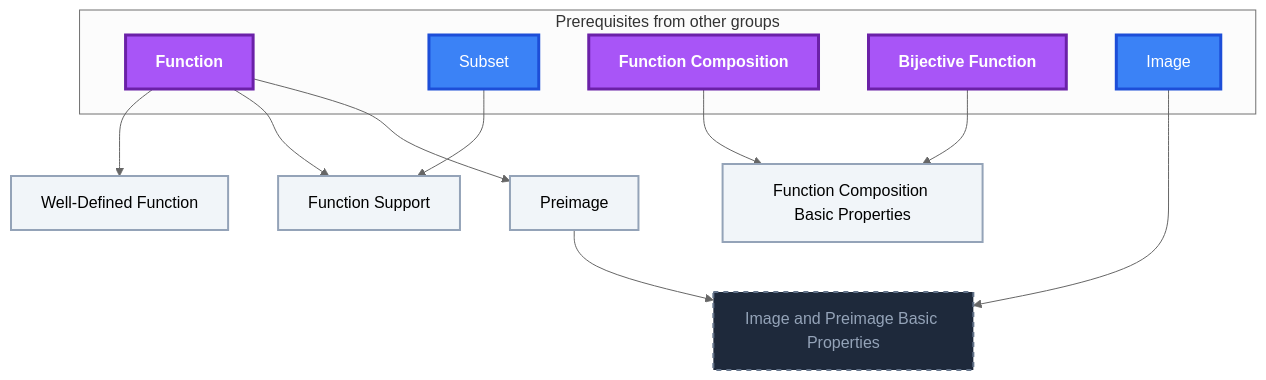
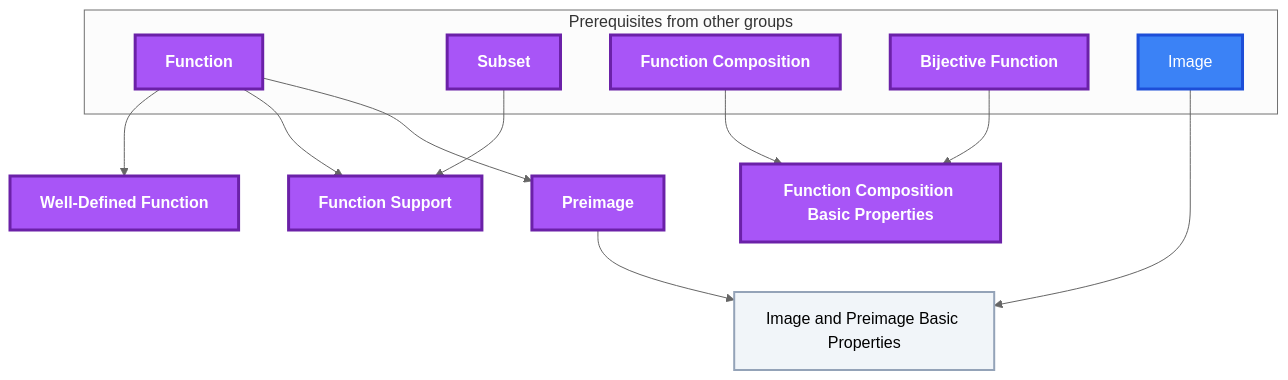
Before and after one commit to MRauf1/My-Notes: the fifth of 7 diagrams in Gamification/Skill Trees/Discrete Mathematics.md, drawn with Mermaid (neutral theme). The commit also changed other lines of this file and 145 other files, not shown here.

````diff
--- a/Gamification/Skill Trees/Discrete Mathematics.md
+++ b/Gamification/Skill Trees/Discrete Mathematics.md
@@ -358,37 +397,36 @@
 ```mermaid
 flowchart TD
     classDef planned fill:#1E293B,stroke:#64748B,stroke-width:2px,stroke-dasharray:5 5,color:#94A3B8;
     classDef locked fill:#334155,stroke:#475569,stroke-width:2px,color:#94A3B8;
     classDef L0 fill:#F1F5F9,stroke:#94A3B8,stroke-width:2px,color:#000000;
     classDef L1 fill:#22C55E,stroke:#15803D,stroke-width:2px,color:#000000;
     classDef L2 fill:#3B82F6,stroke:#1D4ED8,stroke-width:3px,color:#FFFFFF;
     classDef L3 fill:#A855F7,stroke:#6B21A8,stroke-width:3px,color:#FFFFFF,font-weight:bold;
     classDef L4 fill:#F97316,stroke:#C2410C,stroke-width:4px,color:#000000,font-weight:bold;
     classDef L5 fill:#FFD700,stroke:#FF8C00,stroke-width:5px,color:#000000,font-weight:bold;
     classDef rusty stroke:#8B4513,stroke-width:4px,stroke-dasharray:3 3;
     subgraph sg_prereqs["Prerequisites from other groups"]
         n_function["Function"]
         n_subset["Subset"]
         n_function_composition["Function Composition"]
         n_bijective_function["Bijective Function"]
         n_image["Image"]
     end
     n_well_defined_function["Well-Defined Function"]
     n_function_support["Function Support"]
     n_function_composition_basic_properties["Function Composition Basic Properties"]
     n_preimage["Preimage"]
     n_image_and_preimage_basic_properties["Image and Preimage Basic Properties"]
     n_function --> n_well_defined_function
     n_function --> n_function_support
     n_subset --> n_function_support
     n_function_composition --> n_function_composition_basic_properties
     n_bijective_function --> n_function_composition_basic_properties
     n_function --> n_preimage
     n_preimage --> n_image_and_preimage_basic_properties
     n_image --> n_image_and_preimage_basic_properties
-    class n_image_and_preimage_basic_properties planned;
-    class n_well_defined_function,n_function_support,n_function_composition_basic_properties,n_preimage L0;
-    class n_subset,n_image L2;
-    class n_function,n_function_composition,n_bijective_function L3;
-    class n_function,n_subset,n_function_composition,n_bijective_function,n_image,n_well_defined_function,n_function_support,n_function_composition_basic_properties,n_preimage internal-link;
+    class n_image_and_preimage_basic_properties L0;
+    class n_image L2;
+    class n_function,n_subset,n_function_composition,n_bijective_function,n_well_defined_function,n_function_support,n_function_composition_basic_properties,n_preimage L3;
+    class n_function,n_subset,n_function_composition,n_bijective_function,n_image,n_well_defined_function,n_function_support,n_function_composition_basic_properties,n_preimage,n_image_and_preimage_basic_properties internal-link;
 ```
````
